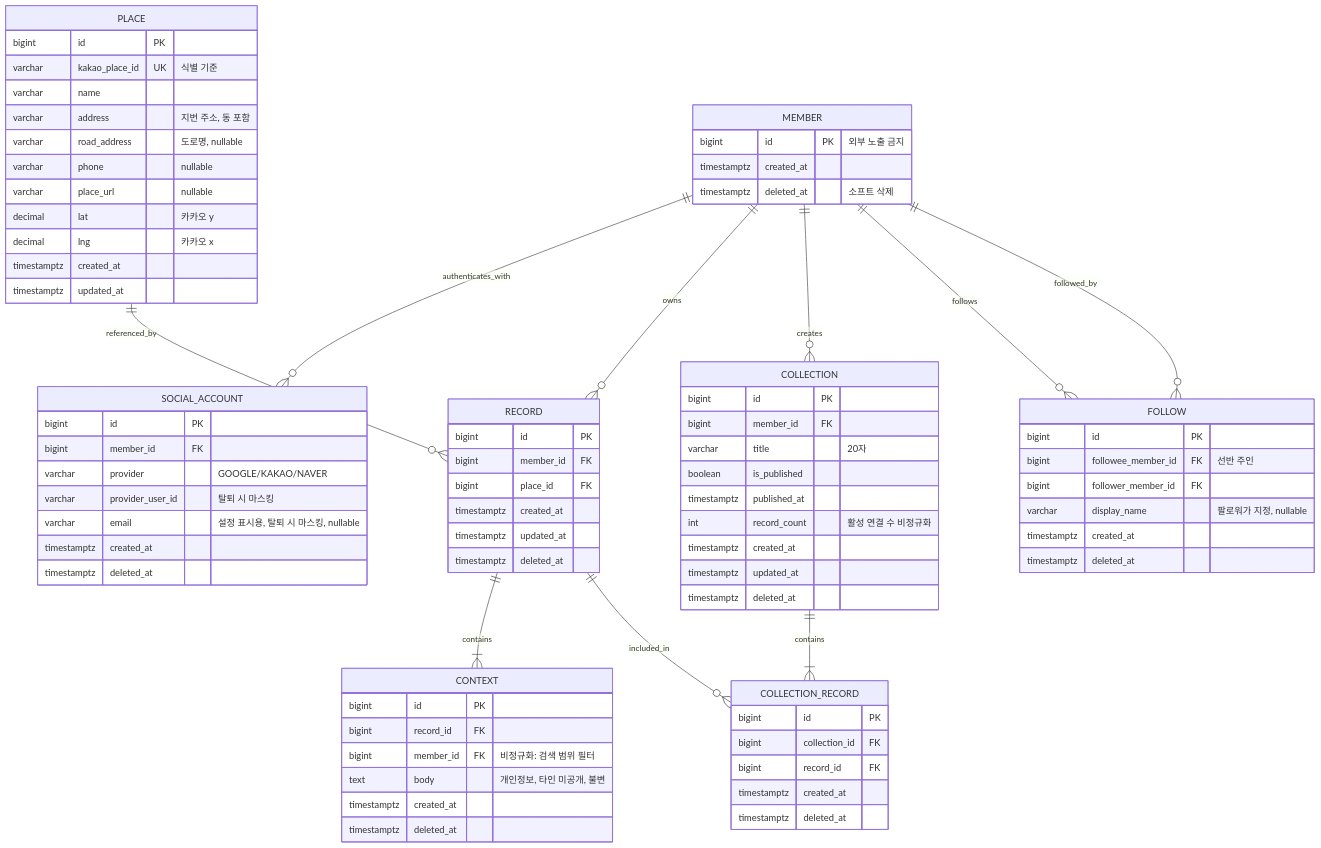
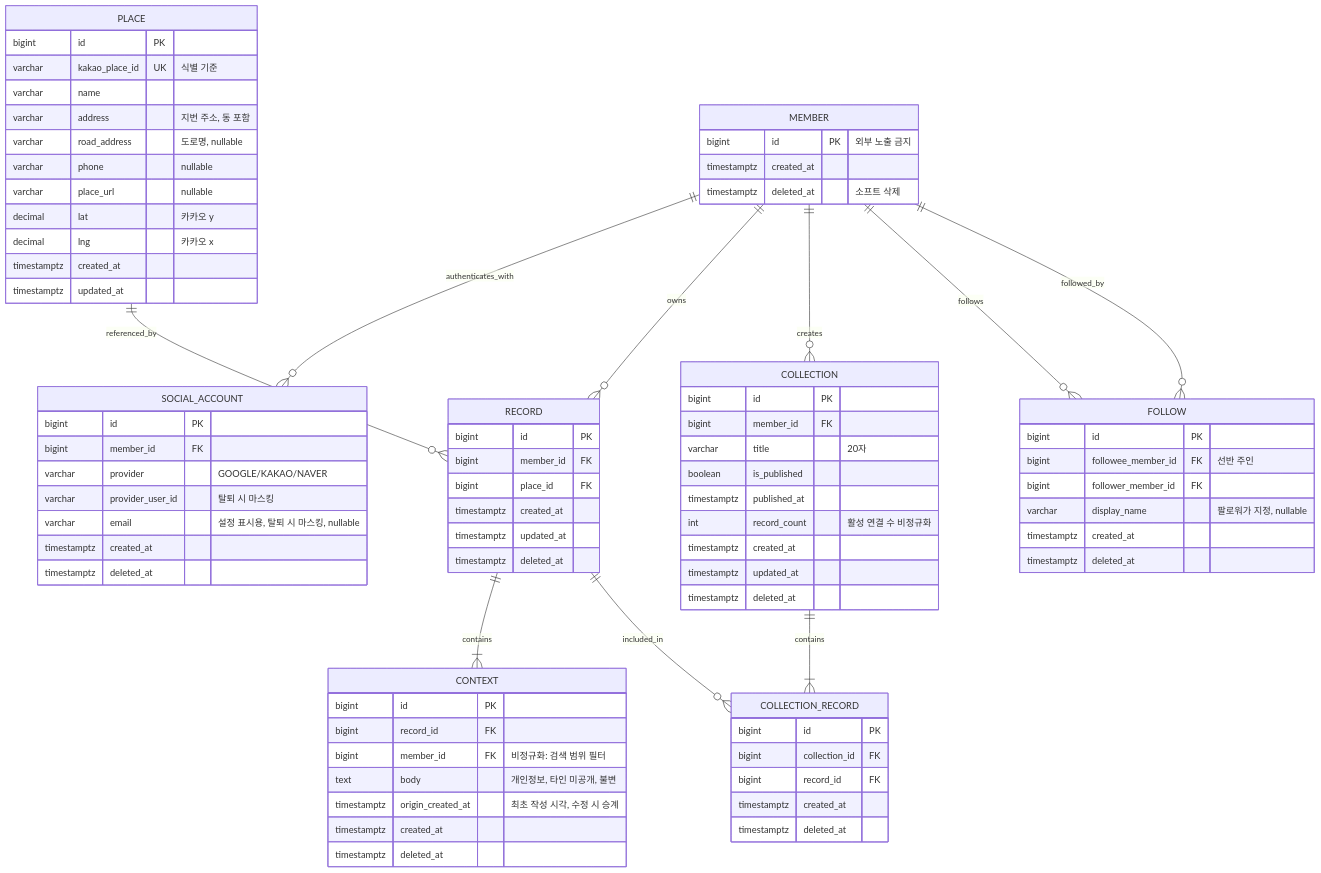
One commit to Team-PinLog/front changed the first of 2 diagrams in docs/reference/07_ERD.md. Above: the diagram before and after it, drawn with Mermaid. The commit also changed other lines of this file and 9 other files, not shown here.

```diff
--- a/docs/reference/07_ERD.md
+++ b/docs/reference/07_ERD.md
@@ -62,6 +62,7 @@
         bigint record_id FK
         bigint member_id FK "비정규화: 검색 범위 필터"
         text body "개인정보, 타인 미공개, 불변"
+        timestamptz origin_created_at "최초 작성 시각, 수정 시 승계"
         timestamptz created_at
         timestamptz deleted_at
     }
```
